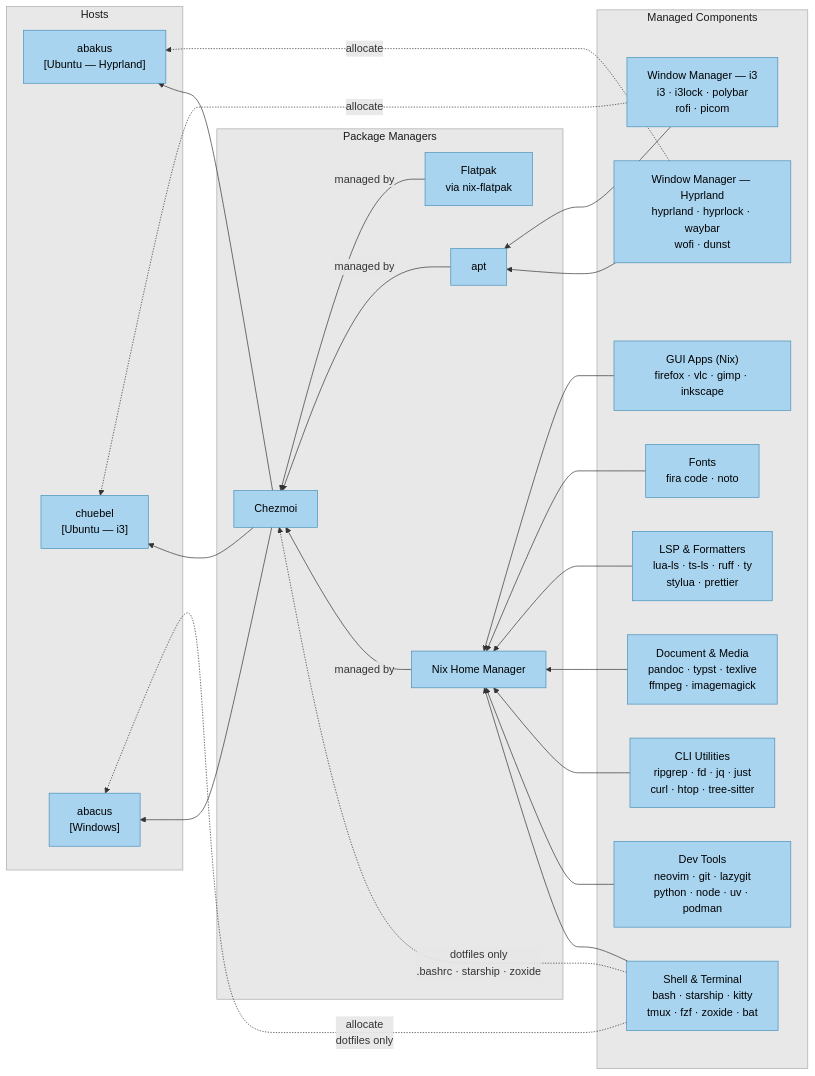
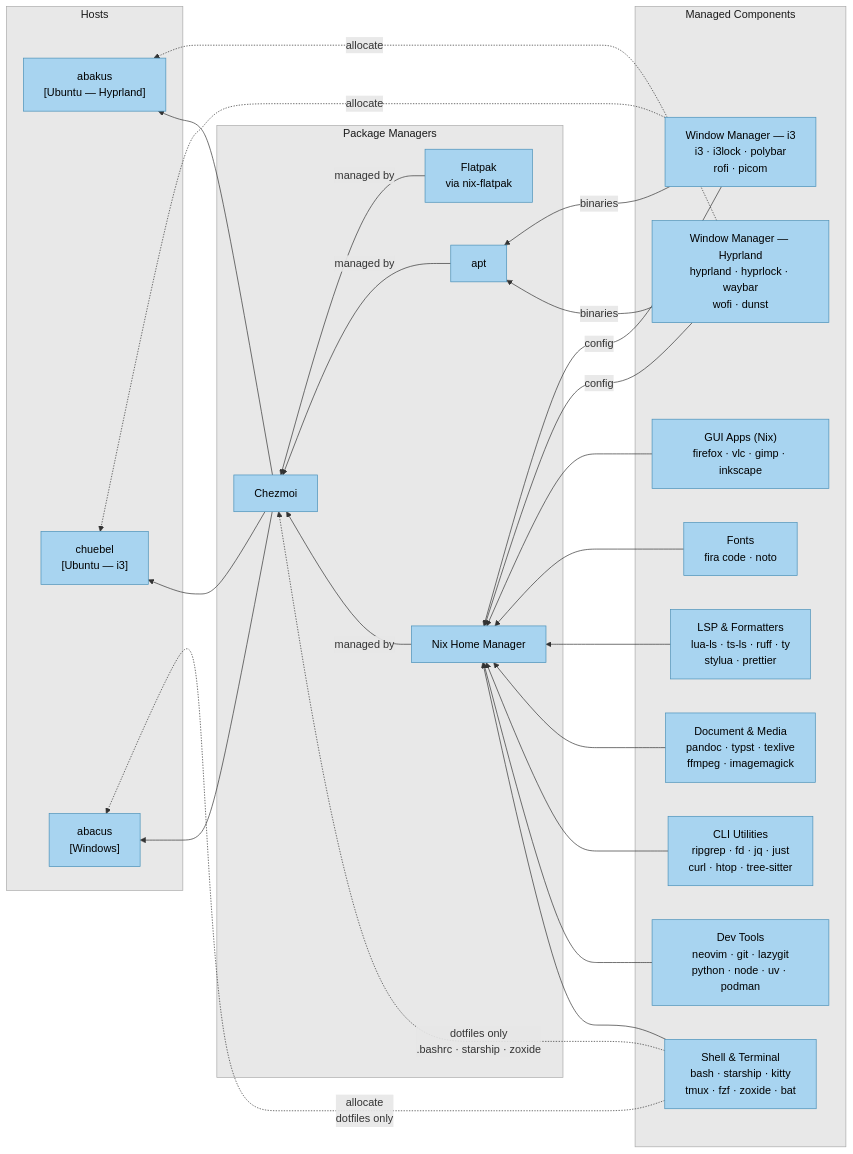
Before and after one commit to mi-b/dotfiles: the diagram in docs/overview.md, drawn with Mermaid. The commit also changed 2 other files, not shown here.

Commit message:
docs: update keybindings, overview, and readme for HM migration
- KEYBINDINGS.md: add full WM keybinding reference for both Hyprland
  and i3, preserving content from deleted READMEs
- overview.md: WM config now comes from Home Manager, binaries from apt
- README.md: update WM management description, add xrdp section

````diff
--- a/docs/overview.md
+++ b/docs/overview.md
@@ -7,67 +7,68 @@
 ```mermaid
 flowchart RL
     subgraph hosts ["Hosts"]
         abakus["abakus\n[Ubuntu — Hyprland]"]
         chuebel["chuebel\n[Ubuntu — i3]"]
         abacus["abacus\n[Windows]"]
     end
 
     subgraph managers ["Package Managers"]
         chezmoi["Chezmoi"]
         hm["Nix Home Manager"]
         apt["apt"]
         flatpak["Flatpak\nvia nix-flatpak"]
     end
 
     subgraph components ["Managed Components"]
         shell["Shell & Terminal\nbash · starship · kitty\ntmux · fzf · zoxide · bat"]
         dev["Dev Tools\nneovim · git · lazygit\npython · node · uv · podman"]
         cli["CLI Utilities\nripgrep · fd · jq · just\ncurl · htop · tree-sitter"]
         hypr["Window Manager — Hyprland\nhyprland · hyprlock · waybar\nwofi · dunst"]
         i3["Window Manager — i3\ni3 · i3lock · polybar\nrofi · picom"]
         docs["Document & Media\npandoc · typst · texlive\nffmpeg · imagemagick"]
         guiapps["GUI Apps (Nix)\nfirefox · vlc · gimp · inkscape"]
         lsp["LSP & Formatters\nlua-ls · ts-ls · ruff · ty\nstylua · prettier"]
         fonts["Fonts\nfira code · noto"]
     end
 
     %% Software groups to package managers
     shell & dev & cli & docs & lsp & fonts & guiapps --> hm
-    hypr & i3 --> apt
+    hypr & i3 -- "config" --> hm
+    hypr & i3 -- "binaries" --> apt
     shell -. "dotfiles only\n.bashrc · starship · zoxide" .-> chezmoi
 
     %% Package managers to Chezmoi
     hm -- "managed by" --> chezmoi
     apt -- "managed by" --> chezmoi
     flatpak -- "managed by" --> chezmoi
 
     %% Chezmoi to hosts
     chezmoi --> abakus & chuebel & abacus
 
     %% Host-specific desktop allocation
     hypr -. "allocate" .-> abakus
     i3 -. "allocate" .-> chuebel
     shell -. "allocate\ndotfiles only" .-> abacus
 
     %% Styling
     style hosts fill:#e8e8e8,stroke:#aaa,color:#1a1a1a
     style managers fill:#e8e8e8,stroke:#aaa,color:#1a1a1a
     style components fill:#e8e8e8,stroke:#aaa,color:#1a1a1a
 
     style abakus fill:#a8d4f0,stroke:#4a90b8,color:#000
     style chuebel fill:#a8d4f0,stroke:#4a90b8,color:#000
     style abacus fill:#a8d4f0,stroke:#4a90b8,color:#000
     style chezmoi fill:#a8d4f0,stroke:#4a90b8,color:#000
     style hm fill:#a8d4f0,stroke:#4a90b8,color:#000
     style apt fill:#a8d4f0,stroke:#4a90b8,color:#000
     style flatpak fill:#a8d4f0,stroke:#4a90b8,color:#000
     style shell fill:#a8d4f0,stroke:#4a90b8,color:#000
     style dev fill:#a8d4f0,stroke:#4a90b8,color:#000
     style cli fill:#a8d4f0,stroke:#4a90b8,color:#000
     style hypr fill:#a8d4f0,stroke:#4a90b8,color:#000
     style i3 fill:#a8d4f0,stroke:#4a90b8,color:#000
     style docs fill:#a8d4f0,stroke:#4a90b8,color:#000
     style guiapps fill:#a8d4f0,stroke:#4a90b8,color:#000
     style lsp fill:#a8d4f0,stroke:#4a90b8,color:#000
     style fonts fill:#a8d4f0,stroke:#4a90b8,color:#000
 ```
````
